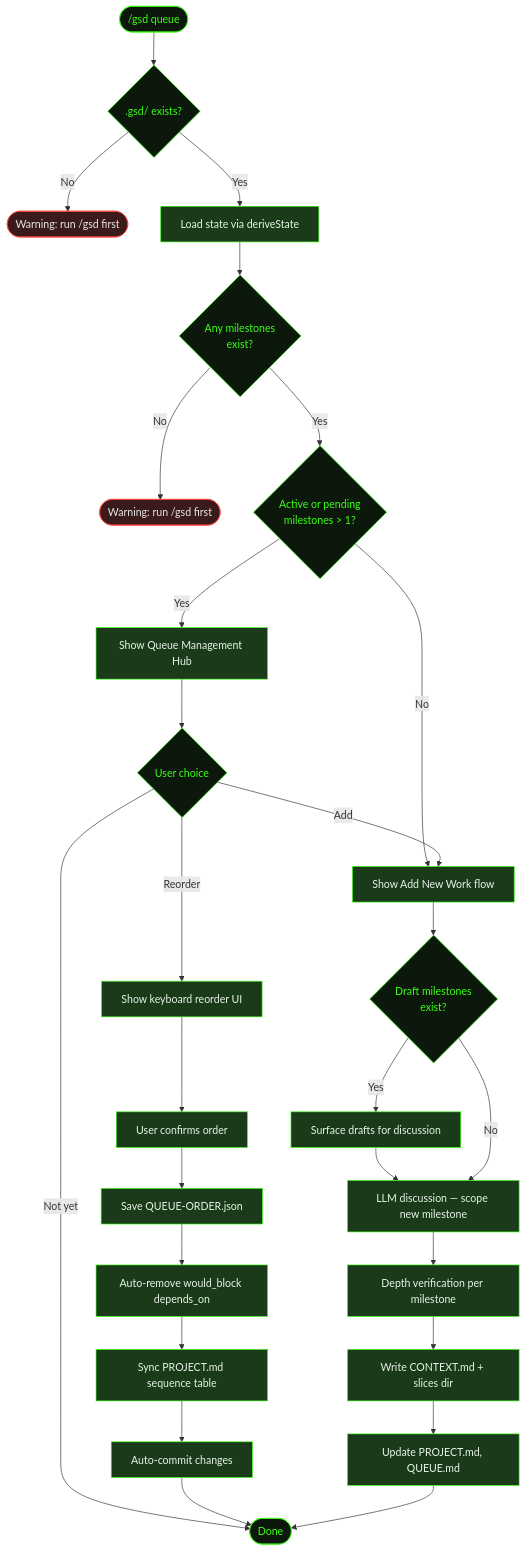
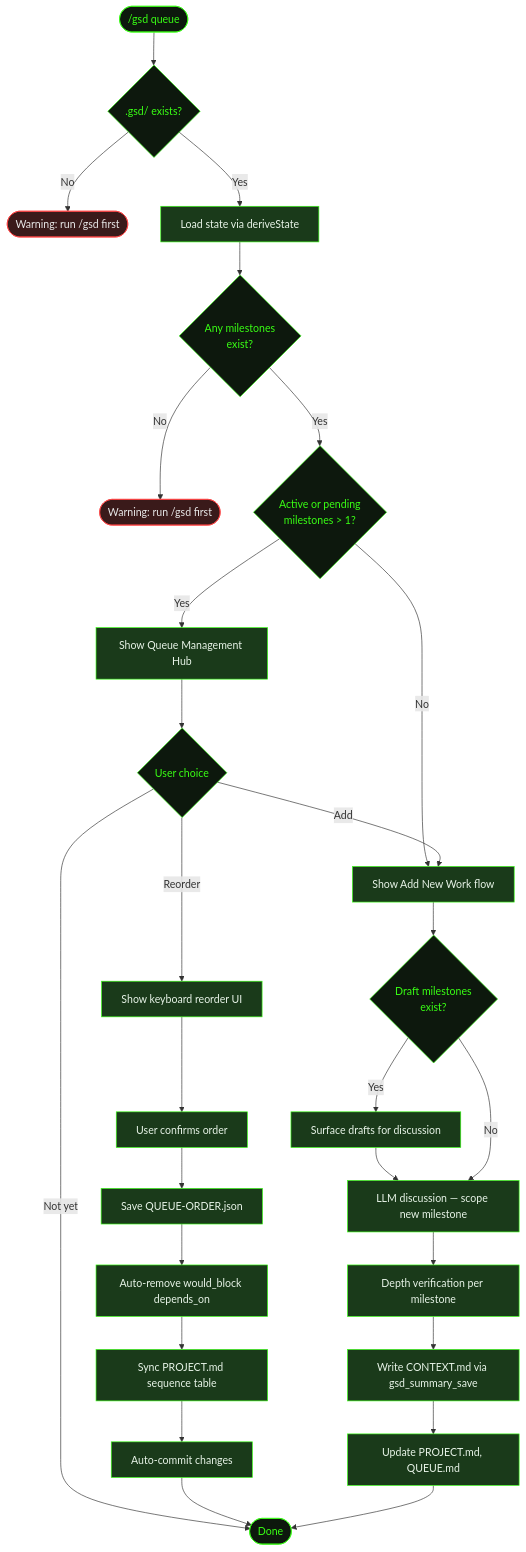
The diagram in src/content/docs/commands/queue.mdx (shusha-group/gsd2-guide), drawn with Mermaid before and after one commit. The commit also changed other lines of this file and 202 other files, not shown here.

````diff
--- a/src/content/docs/commands/queue.mdx
+++ b/src/content/docs/commands/queue.mdx
@@ -24,53 +24,53 @@
 ```mermaid
 flowchart TD
     Start(["/gsd queue"]) --> Check{.gsd/ exists?}
     Check -->|No| Fail([Warning: run /gsd first])
     Check -->|Yes| Load[Load state via deriveState]
     Load --> Milestones{Any milestones\nexist?}
     Milestones -->|No| FailM([Warning: run /gsd first])
     Milestones -->|Yes| Count{Active or pending\nmilestones > 1?}
     Count -->|Yes| Hub[Show Queue Management Hub]
     Count -->|No| Add[Show Add New Work flow]
     Hub --> Choice{User choice}
     Choice -->|Reorder| Reorder[Show keyboard reorder UI]
     Choice -->|Add| Add
     Choice -->|Not yet| Done([Done])
     Reorder --> Confirm[User confirms order]
     Confirm --> Save[Save QUEUE-ORDER.json]
     Save --> Deps[Auto-remove would_block depends_on]
     Deps --> Sync[Sync PROJECT.md sequence table]
     Sync --> Commit[Auto-commit changes]
     Commit --> Done
     Add --> Drafts{Draft milestones\nexist?}
     Drafts -->|Yes| SurfaceDrafts[Surface drafts for discussion]
     SurfaceDrafts --> Discuss
     Drafts -->|No| Discuss[LLM discussion — scope new milestone]
     Discuss --> Verify[Depth verification per milestone]
-    Verify --> Write[Write CONTEXT.md + slices dir]
+    Verify --> Write[Write CONTEXT.md via gsd_summary_save]
     Write --> UpdateDocs[Update PROJECT.md, QUEUE.md]
     UpdateDocs --> Done
 
     style Start fill:#0d180d,stroke:#39ff14,color:#39ff14
     style Check fill:#0d180d,stroke:#39ff14,color:#39ff14
     style Fail fill:#3a1a1a,stroke:#ff4444,color:#e8e8e8
     style Load fill:#1a3a1a,stroke:#39ff14,color:#e8f4e8
     style Milestones fill:#0d180d,stroke:#39ff14,color:#39ff14
     style FailM fill:#3a1a1a,stroke:#ff4444,color:#e8e8e8
     style Count fill:#0d180d,stroke:#39ff14,color:#39ff14
     style Hub fill:#1a3a1a,stroke:#39ff14,color:#e8f4e8
     style Choice fill:#0d180d,stroke:#39ff14,color:#39ff14
     style Reorder fill:#1a3a1a,stroke:#39ff14,color:#e8f4e8
     style Add fill:#1a3a1a,stroke:#39ff14,color:#e8f4e8
     style Confirm fill:#1a3a1a,stroke:#39ff14,color:#e8f4e8
     style Save fill:#1a3a1a,stroke:#39ff14,color:#e8f4e8
     style Deps fill:#1a3a1a,stroke:#39ff14,color:#e8f4e8
     style Sync fill:#1a3a1a,stroke:#39ff14,color:#e8f4e8
     style Commit fill:#1a3a1a,stroke:#39ff14,color:#e8f4e8
     style Drafts fill:#0d180d,stroke:#39ff14,color:#39ff14
     style SurfaceDrafts fill:#1a3a1a,stroke:#39ff14,color:#e8f4e8
     style Discuss fill:#1a3a1a,stroke:#39ff14,color:#e8f4e8
     style Verify fill:#1a3a1a,stroke:#39ff14,color:#e8f4e8
     style Write fill:#1a3a1a,stroke:#39ff14,color:#e8f4e8
     style UpdateDocs fill:#1a3a1a,stroke:#39ff14,color:#e8f4e8
     style Done fill:#0d180d,stroke:#39ff14,color:#39ff14
 ```
````
